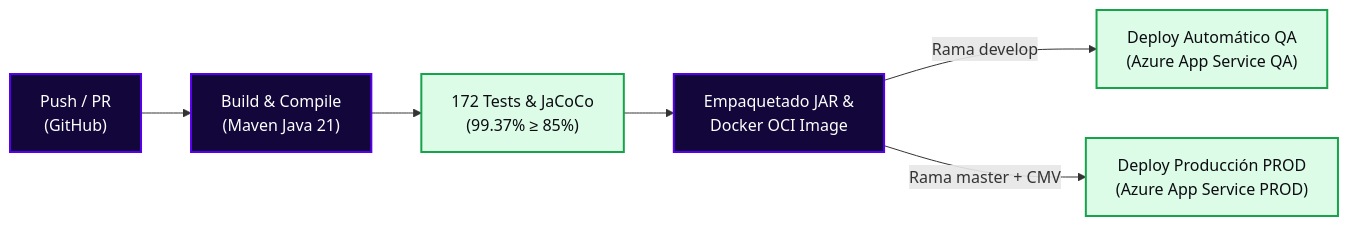
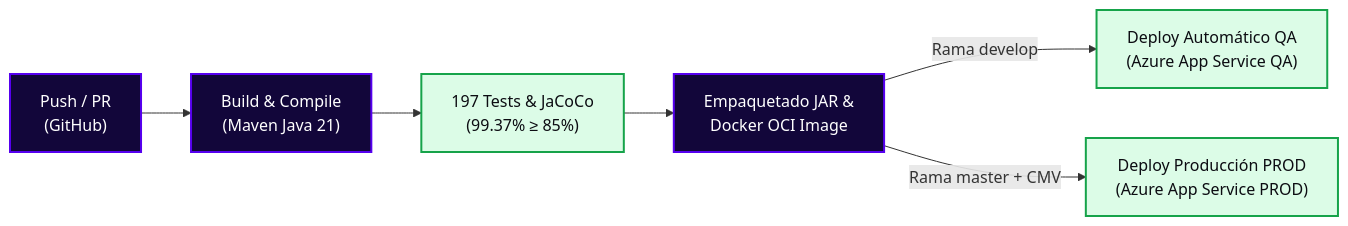
The diagram in README.md (StyleRadar1/PT8080-Donations-Service), drawn with Mermaid before and after one commit. The commit also changed other lines of this file and 16 other files, not shown here.

Commit message:
docs(readme): finalizar documentacion oficial sprint 3 incorporando los 3 diagramas y endpoints canónicos

````diff
--- a/README.md
+++ b/README.md
@@ -555,14 +456,14 @@
 ```mermaid
 flowchart LR
     A["Push / PR<br>(GitHub)"] --> B["Build & Compile<br>(Maven Java 21)"]
-    B --> C["172 Tests & JaCoCo<br>(99.37% ≥ 85%)"]
+    B --> C["197 Tests & JaCoCo<br>(99.37% ≥ 85%)"]
     C --> D["Empaquetado JAR &<br>Docker OCI Image"]
     D -->|Rama develop| E["Deploy Automático QA<br>(Azure App Service QA)"]
     D -->|Rama master + CMV| F["Deploy Producción PROD<br>(Azure App Service PROD)"]
 
     classDef step fill:#12063A,stroke:#5600EF,stroke-width:2px,color:#FFFFFF;
     classDef pass fill:#DCFCE7,stroke:#16A34A,stroke-width:2px,color:#0C0C12;
 
     class A,B,D step;
     class C,E,F pass;
 ```
````
